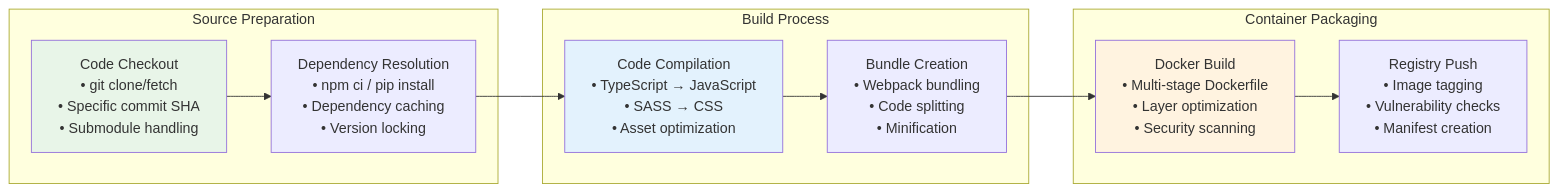
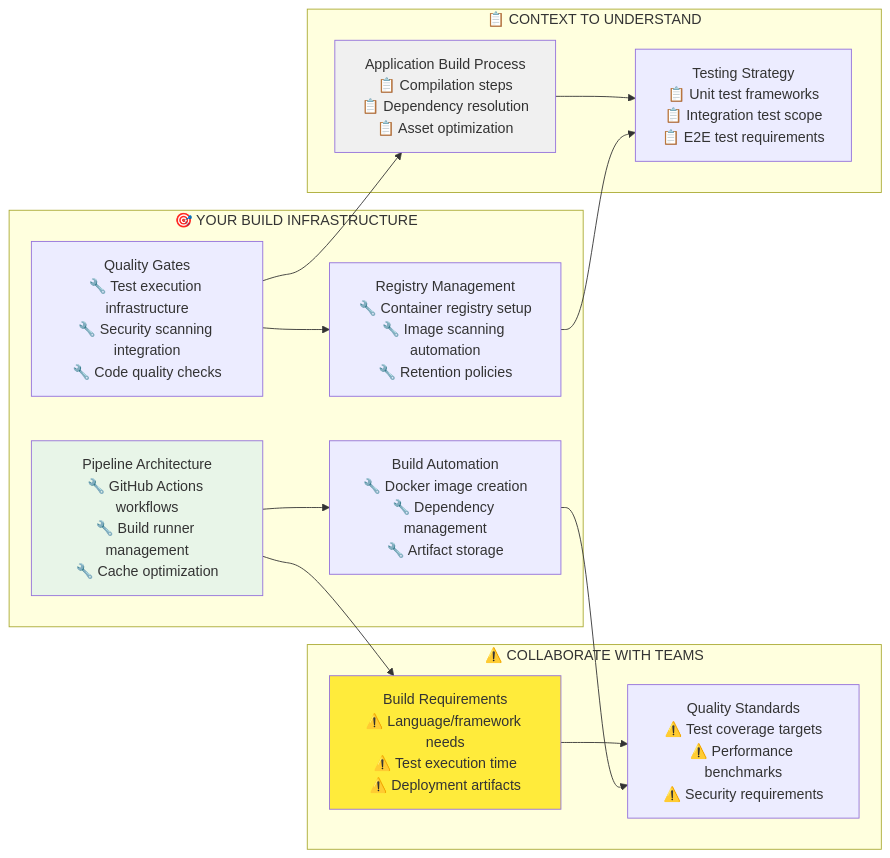
Before and after one commit to pelchers/Learning_DevOps: the fifth of 10 diagrams in Tech_Relationships/13-DevOps_Development_Cycle_Relationships.md, drawn with Mermaid. The commit also changed other lines of this file and 21 other files, not shown here.

````diff
--- a/Tech_Relationships/13-DevOps_Development_Cycle_Relationships.md
+++ b/Tech_Relationships/13-DevOps_Development_Cycle_Relationships.md
@@ -283,21 +258,24 @@
 ```mermaid
 flowchart LR
-    subgraph "Source Preparation"
-        A["Code Checkout<br/>• git clone/fetch<br/>• Specific commit SHA<br/>• Submodule handling"] --> B["Dependency Resolution<br/>• npm ci / pip install<br/>• Dependency caching<br/>• Version locking"]
+    subgraph "🎯 YOUR BUILD INFRASTRUCTURE"
+        A["Pipeline Architecture<br/>🔧 GitHub Actions workflows<br/>🔧 Build runner management<br/>🔧 Cache optimization"] --> B["Build Automation<br/>🔧 Docker image creation<br/>🔧 Dependency management<br/>🔧 Artifact storage"]
+        C["Quality Gates<br/>🔧 Test execution infrastructure<br/>🔧 Security scanning integration<br/>🔧 Code quality checks"] --> D["Registry Management<br/>🔧 Container registry setup<br/>🔧 Image scanning automation<br/>🔧 Retention policies"]
     end
     
-    subgraph "Build Process"
-        C["Code Compilation<br/>• TypeScript → JavaScript<br/>• SASS → CSS<br/>• Asset optimization"] --> D["Bundle Creation<br/>• Webpack bundling<br/>• Code splitting<br/>• Minification"]
+    subgraph "⚠️ COLLABORATE WITH TEAMS"
+        E["Build Requirements<br/>⚠️ Language/framework needs<br/>⚠️ Test execution time<br/>⚠️ Deployment artifacts"] --> F["Quality Standards<br/>⚠️ Test coverage targets<br/>⚠️ Performance benchmarks<br/>⚠️ Security requirements"]
     end
     
-    subgraph "Container Packaging"
-        E["Docker Build<br/>• Multi-stage Dockerfile<br/>• Layer optimization<br/>• Security scanning"] --> F["Registry Push<br/>• Image tagging<br/>• Vulnerability checks<br/>• Manifest creation"]
+    subgraph "📋 CONTEXT TO UNDERSTAND"
+        G["Application Build Process<br/>📋 Compilation steps<br/>📋 Dependency resolution<br/>📋 Asset optimization"] --> H["Testing Strategy<br/>📋 Unit test frameworks<br/>📋 Integration test scope<br/>📋 E2E test requirements"]
     end
     
-    B --> C
-    D --> E
+    A --> E
+    B --> F
+    C --> G
+    D --> H
     
     style A fill:#e8f5e8
-    style C fill:#e3f2fd
-    style E fill:#fff3e0
+    style E fill:#ffeb3b
+    style G fill:#f0f0f0
 ```
````
